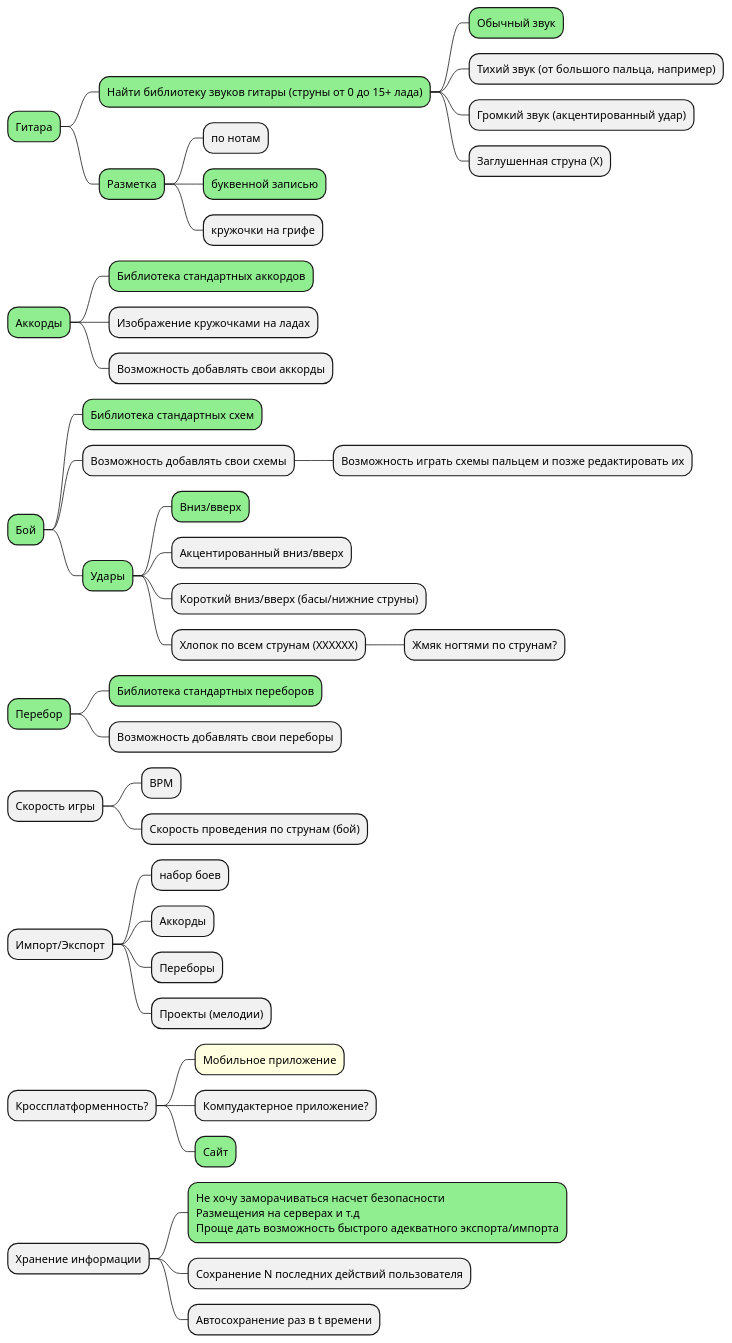
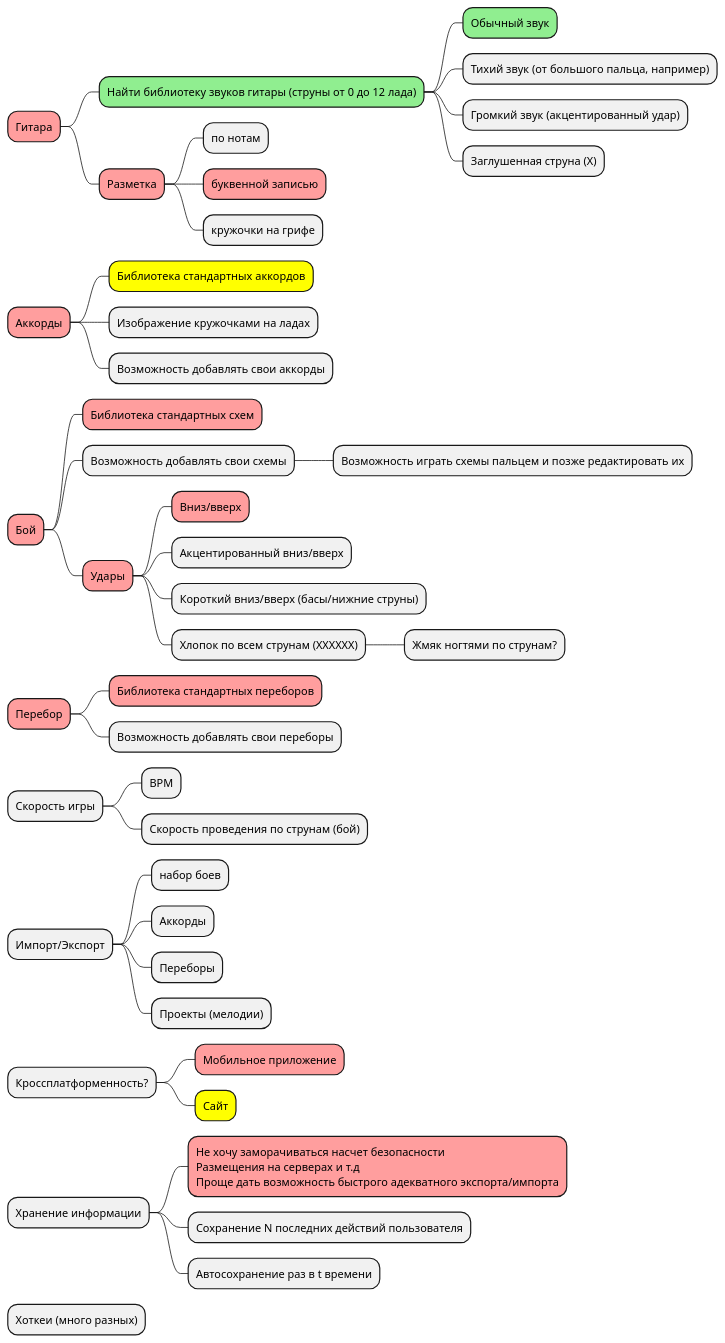
The diagram in PlantUMLdiagrams/Основной функционал.puml (AnastasiaKallisto/GuitarApp), drawn with PlantUML before and after one commit.

Commit message:
Актуализация состояния работы в uml схеме

```diff
--- a/PlantUMLdiagrams/Основной функционал.puml
+++ b/PlantUMLdiagrams/Основной функционал.puml
@@ -1,54 +1,55 @@
 @startmindmap
-*[#lightgreen] Гитара
-**[#lightgreen] Найти библиотеку звуков гитары (струны от 0 до 15+ лада)
+*[#ff9e9e] Гитара
+**[#lightgreen] Найти библиотеку звуков гитары (струны от 0 до 12 лада)
 ***[#lightgreen] Обычный звук
 *** Тихий звук (от большого пальца, например)
 *** Громкий звук (акцентированный удар)
 *** Заглушенная струна (X)
-**[#lightgreen] Разметка
+**[#ff9e9e] Разметка
 *** по нотам
-***[#lightgreen] буквенной записью
+***[#ff9e9e] буквенной записью
 *** кружочки на грифе
 
 
-*[#lightgreen] Аккорды
-**[#lightgreen] Библиотека стандартных аккордов
+*[#ff9e9e] Аккорды
+**[#yellow] Библиотека стандартных аккордов
 ** Изображение кружочками на ладах
 ** Возможность добавлять свои аккорды
 
-*[#lightgreen] Бой
-**[#lightgreen] Библиотека стандартных схем
+*[#ff9e9e] Бой
+**[#ff9e9e] Библиотека стандартных схем
 ** Возможность добавлять свои схемы
 *** Возможность играть схемы пальцем и позже редактировать их
-**[#lightgreen] Удары
-***[#lightgreen] Вниз/вверх
+**[#ff9e9e] Удары
+***[#ff9e9e] Вниз/вверх
 *** Акцентированный вниз/вверх
 *** Короткий вниз/вверх (басы/нижние струны)
 *** Хлопок по всем струнам (XXXXXX)
 **** Жмяк ногтями по струнам?
 
-*[#lightgreen] Перебор
-**[#lightgreen] Библиотека стандартных переборов
+*[#ff9e9e] Перебор
+**[#ff9e9e] Библиотека стандартных переборов
 ** Возможность добавлять свои переборы
 
 * Скорость игры
 ** BPM
 ** Скорость проведения по струнам (бой)
 
 * Импорт/Экспорт
 ** набор боев
 ** Аккорды
 ** Переборы
 ** Проекты (мелодии)
 
 * Кроссплатформенность?
-**[#lightyellow] Мобильное приложение
-** Компудактерное приложение?
-**[#lightgreen] Сайт
+**[#ff9e9e] Мобильное приложение
+**[#yellow] Сайт
 
 * Хранение информации
-**[#lightgreen] Не хочу заморачиваться насчет безопасности\nРазмещения на серверах и т.д\nПроще дать возможность быстрого адекватного экспорта/импорта
+**[#ff9e9e] Не хочу заморачиваться насчет безопасности\nРазмещения на серверах и т.д\nПроще дать возможность быстрого адекватного экспорта/импорта
 ** Сохранение N последних действий пользователя
 ** Автосохранение раз в t времени
 
+* Хоткеи (много разных)
+
 @endmindmap
```
